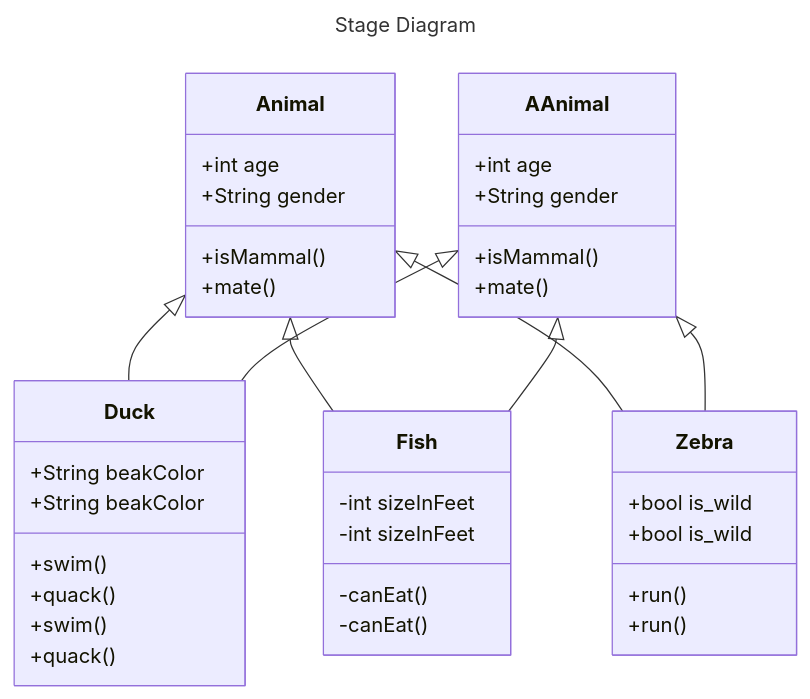
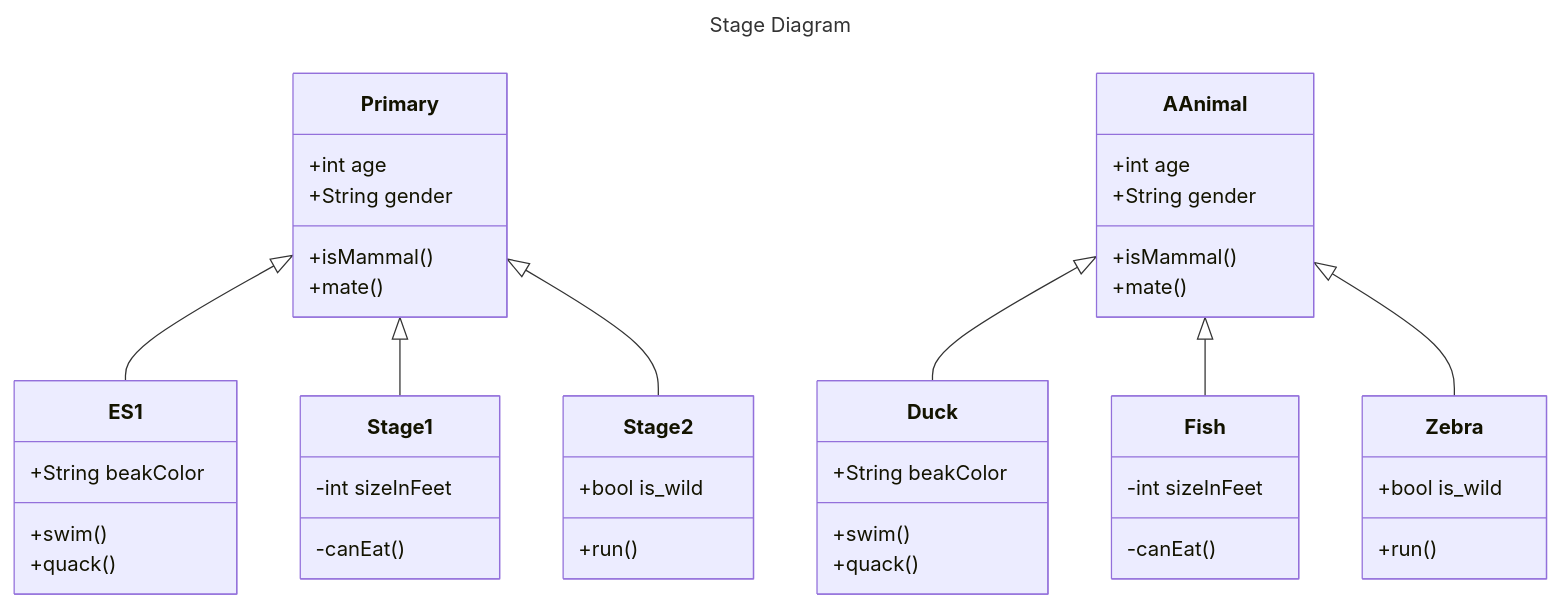
One commit to librelab/gurukul changed the diagram in README.md. Above: the diagram before and after it, drawn with Mermaid.

````diff
--- a/README.md
+++ b/README.md
@@ -55,46 +55,46 @@
 ```mermaid
 ---
 title: Stage Diagram
 ---
 classDiagram
-    Animal <|-- Duck
-    Animal <|-- Fish
-    Animal <|-- Zebra
-    Animal : +int age
-    Animal : +String gender
-    Animal: +isMammal()
-    Animal: +mate()
-    class Duck{
+    Primary <|-- ES1
+    Primary <|-- Stage1
+    Primary <|-- Stage2
+    Primary : +int age
+    Primary : +String gender
+    Primary: +isMammal()
+    Primary: +mate()
+    class ES1{
       +String beakColor
       +swim()
       +quack()
     }
-    class Fish{
+    class Stage1{
       -int sizeInFeet
       -canEat()
     }
-    class Zebra{
+    class Stage2{
       +bool is_wild
       +run()
     }	
 	AAnimal <|-- Duck
     AAnimal <|-- Fish
     AAnimal <|-- Zebra
     AAnimal : +int age
     AAnimal : +String gender
     AAnimal: +isMammal()
     AAnimal: +mate()
     class Duck{
       +String beakColor
       +swim()
       +quack()
     }
     class Fish{
       -int sizeInFeet
       -canEat()
     }
     class Zebra{
       +bool is_wild
       +run()
     }
 ```
````
